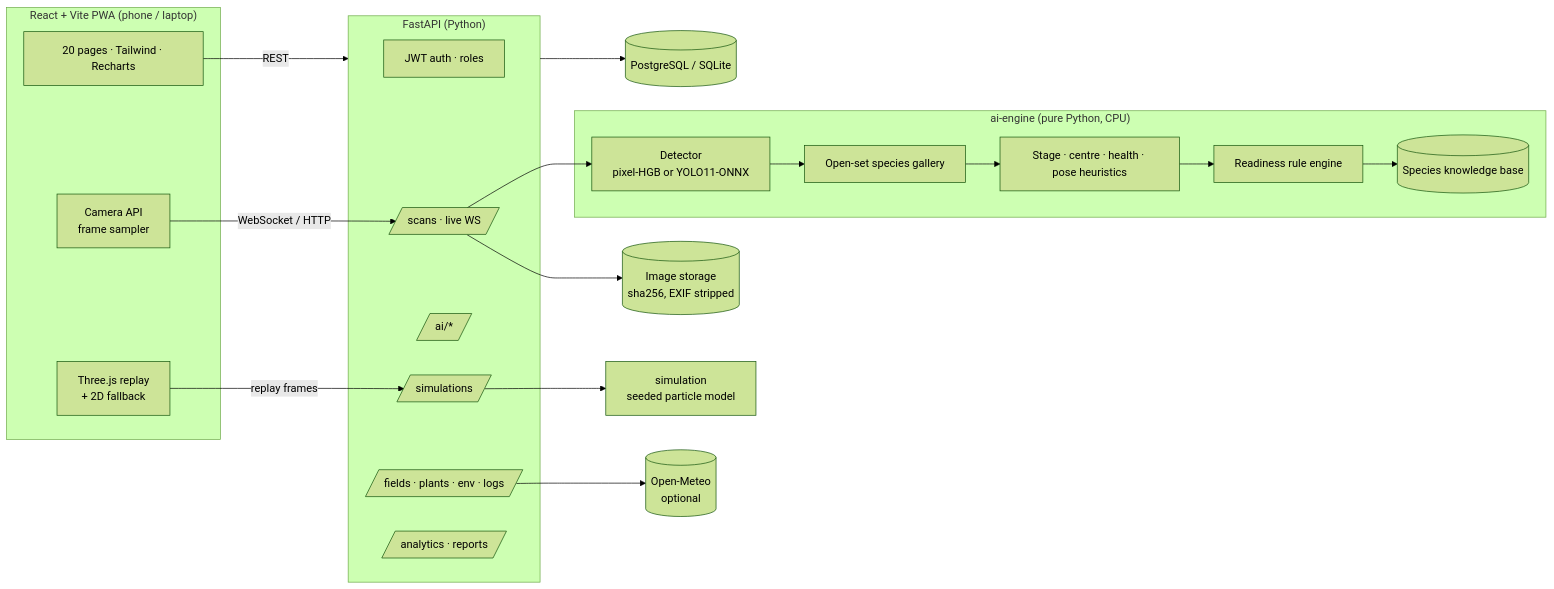
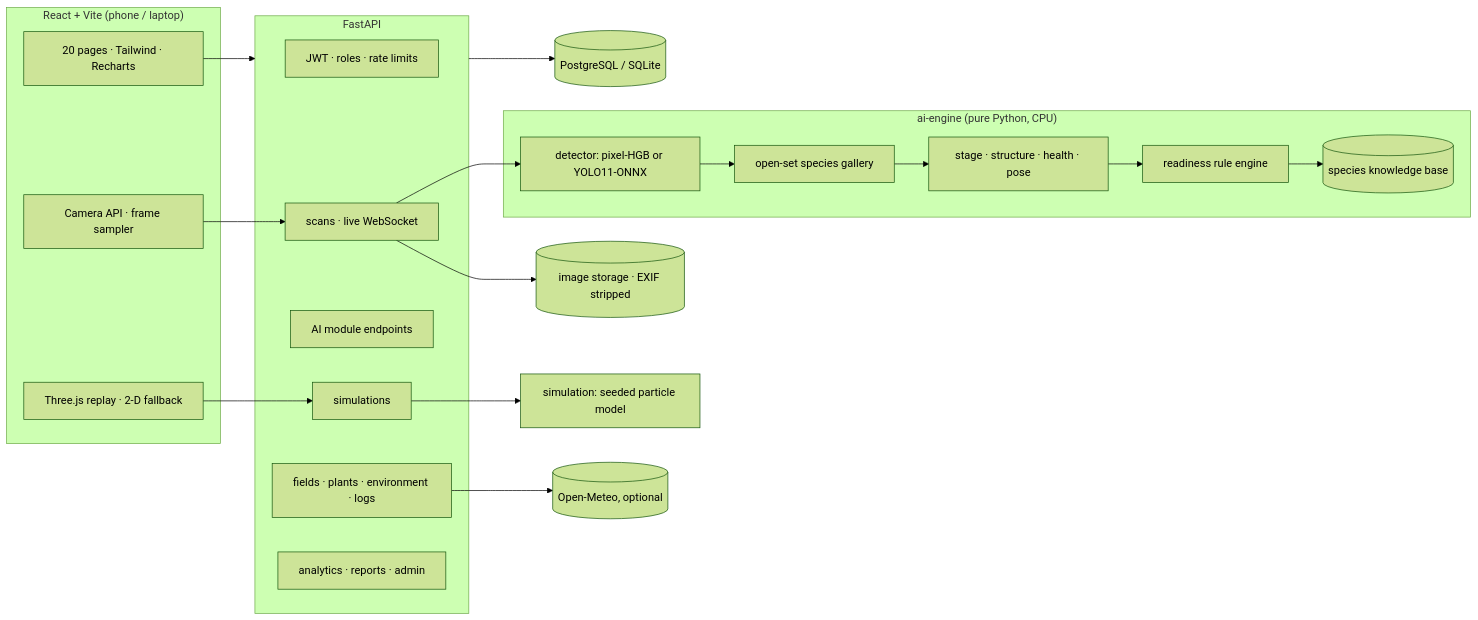
Before and after one commit to nvaltryek-001/pollinex-ai: the second of 2 diagrams in README.md, drawn with Mermaid (forest theme). The commit also changed other lines of this file and 1 other file, not shown here.

First line of the commit message:
Redesign README: banner, screenshots gallery, feature grid, crop table, results cards, collapsible setup

````diff
--- a/README.md
+++ b/README.md
@@ -108,37 +253,35 @@
 ```mermaid
 flowchart LR
-  subgraph Browser["React + Vite PWA (phone / laptop)"]
+  subgraph Browser["React + Vite (phone / laptop)"]
     UI[20 pages · Tailwind · Recharts]
-    CAM[Camera API<br/>frame sampler]
-    SIM3D[Three.js replay<br/>+ 2D fallback]
+    CAM[Camera API · frame sampler]
+    SIM3D[Three.js replay · 2-D fallback]
   end
-  subgraph API["FastAPI (Python)"]
-    AUTH[JWT auth · roles]
-    SCAN[/scans · live WS/]
-    AI[/ai/*/]
-    SIMR[/simulations/]
-    REC[/fields · plants · env · logs/]
-    AN[/analytics · reports/]
+  subgraph API["FastAPI"]
+    AUTH[JWT · roles · rate limits]
+    SCAN[scans · live WebSocket]
+    AI[AI module endpoints]
+    SIMR[simulations]
+    REC[fields · plants · environment · logs]
+    AN[analytics · reports · admin]
   end
   subgraph Engine["ai-engine (pure Python, CPU)"]
-    DET[Detector<br/>pixel-HGB or YOLO11-ONNX]
-    GAL[Open-set species gallery]
-    HEU[Stage · centre · health · pose heuristics]
-    KB[(Species knowledge base)]
-    RUL[Readiness rule engine]
+    DET[detector: pixel-HGB or YOLO11-ONNX]
+    GAL[open-set species gallery]
+    HEU[stage · structure · health · pose]
+    KB[(species knowledge base)]
+    RUL[readiness rule engine]
   end
-  SIMP[simulation<br/>seeded particle model]
+  SIMP[simulation: seeded particle model]
   DB[(PostgreSQL / SQLite)]
-  FS[(Image storage<br/>sha256, EXIF stripped)]
-  OM[(Open-Meteo<br/>optional)]
-
-  UI -- REST --> API
-  CAM -- WebSocket / HTTP --> SCAN
-  SIM3D -- replay frames --> SIMR
-  SCAN --> DET --> GAL --> HEU --> RUL
-  RUL --> KB
+  FS[(image storage · EXIF stripped)]
+  OM[(Open-Meteo, optional)]
+  UI --> API
+  CAM --> SCAN
+  SIM3D --> SIMR
+  SCAN --> DET --> GAL --> HEU --> RUL --> KB
   SIMR --> SIMP
   API --> DB
   SCAN --> FS
   REC --> OM
 ```
````
